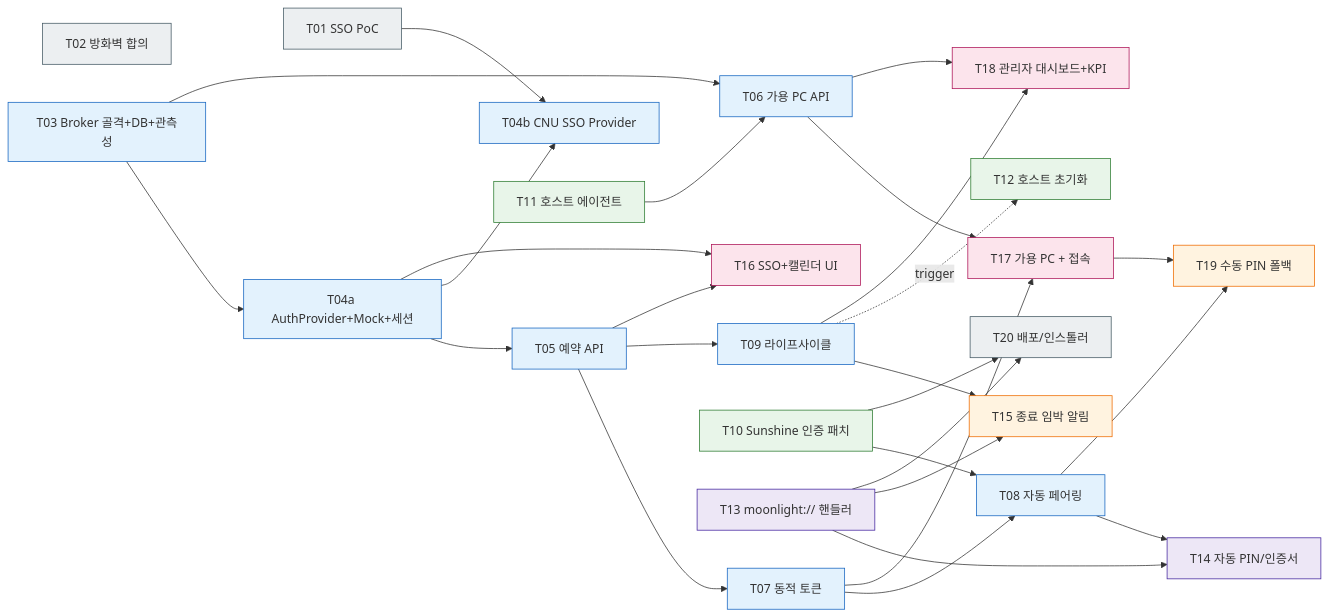
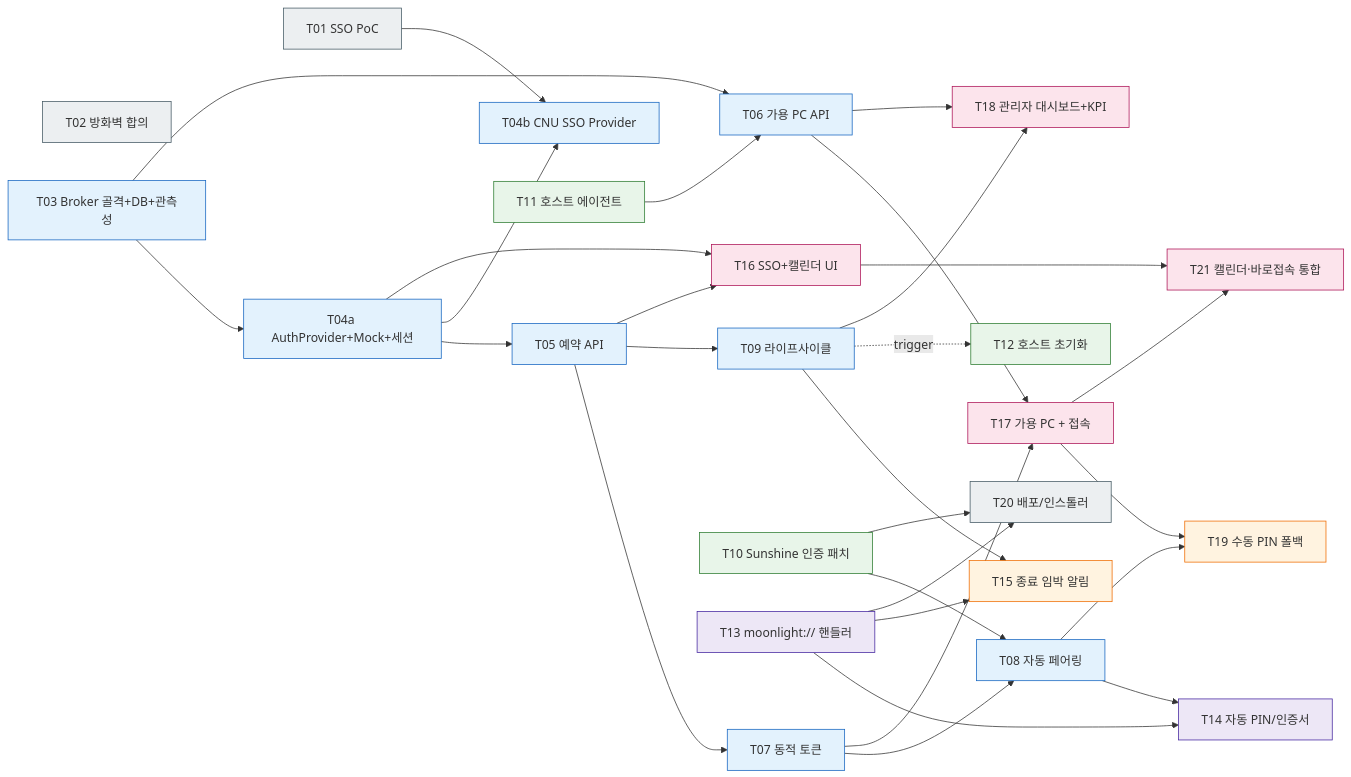
One commit to KITOHSY/SmartClassroom changed the diagram in EXP.md. Above: the diagram before and after it, drawn with Mermaid. The commit also changed other lines of this file and 30 other files, not shown here.

````diff
--- a/EXP.md
+++ b/EXP.md
@@ -372,53 +403,56 @@
 ```mermaid
 flowchart LR
     T01[T01 SSO PoC]:::ext
     T02[T02 방화벽 합의]:::ext
     T03[T03 Broker 골격+DB+관측성]:::be
     T04a[T04a AuthProvider+Mock+세션]:::be
     T04b[T04b CNU SSO Provider]:::be
     T05[T05 예약 API]:::be
     T06[T06 가용 PC API]:::be
     T07[T07 동적 토큰]:::be
     T08[T08 자동 페어링]:::be
     T09[T09 라이프사이클]:::be
     T10[T10 Sunshine 인증 패치]:::host
     T11[T11 호스트 에이전트]:::host
     T12[T12 호스트 초기화]:::host
     T13[T13 moonlight:// 핸들러]:::cli
     T14[T14 자동 PIN/인증서]:::cli
     T15[T15 종료 임박 알림]:::full
     T16[T16 SSO+캘린더 UI]:::fe
     T17[T17 가용 PC + 접속]:::fe
     T18[T18 관리자 대시보드+KPI]:::fe
     T19[T19 수동 PIN 폴백]:::full
     T20[T20 배포/인스톨러]:::ext
+    T21[T21 캘린더·바로접속 통합]:::fe
 
     T03 --> T04a --> T05 --> T07 --> T08
     T04a --> T04b
     T01 --> T04b
     T03 --> T06
     T11 --> T06
     T08 --> T14
     T13 --> T14
     T10 --> T08
     T05 --> T09 --> T15
     T13 --> T15
     T08 --> T19
     T17 --> T19
     T09 -. trigger .-> T12
     T04a --> T16
     T05 --> T16
     T06 --> T17
     T07 --> T17
+    T16 --> T21
+    T17 --> T21
     T06 --> T18
     T09 --> T18
     T10 --> T20
     T13 --> T20
 
     classDef be fill:#e3f2fd,stroke:#1565c0
     classDef fe fill:#fce4ec,stroke:#ad1457
     classDef full fill:#fff3e0,stroke:#ef6c00
     classDef host fill:#e8f5e9,stroke:#2e7d32
     classDef cli fill:#ede7f6,stroke:#4527a0
     classDef ext fill:#eceff1,stroke:#455a64
 ```
````
